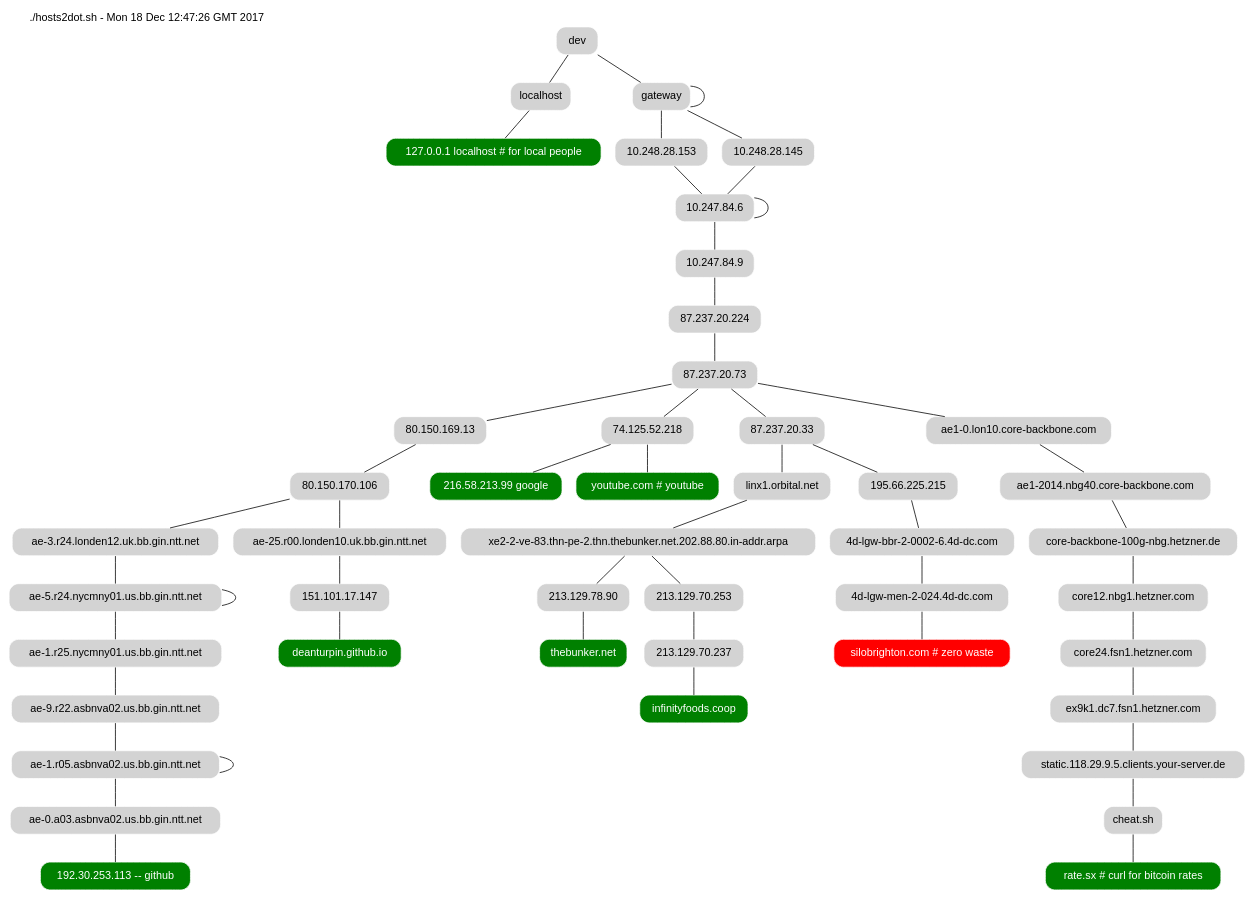
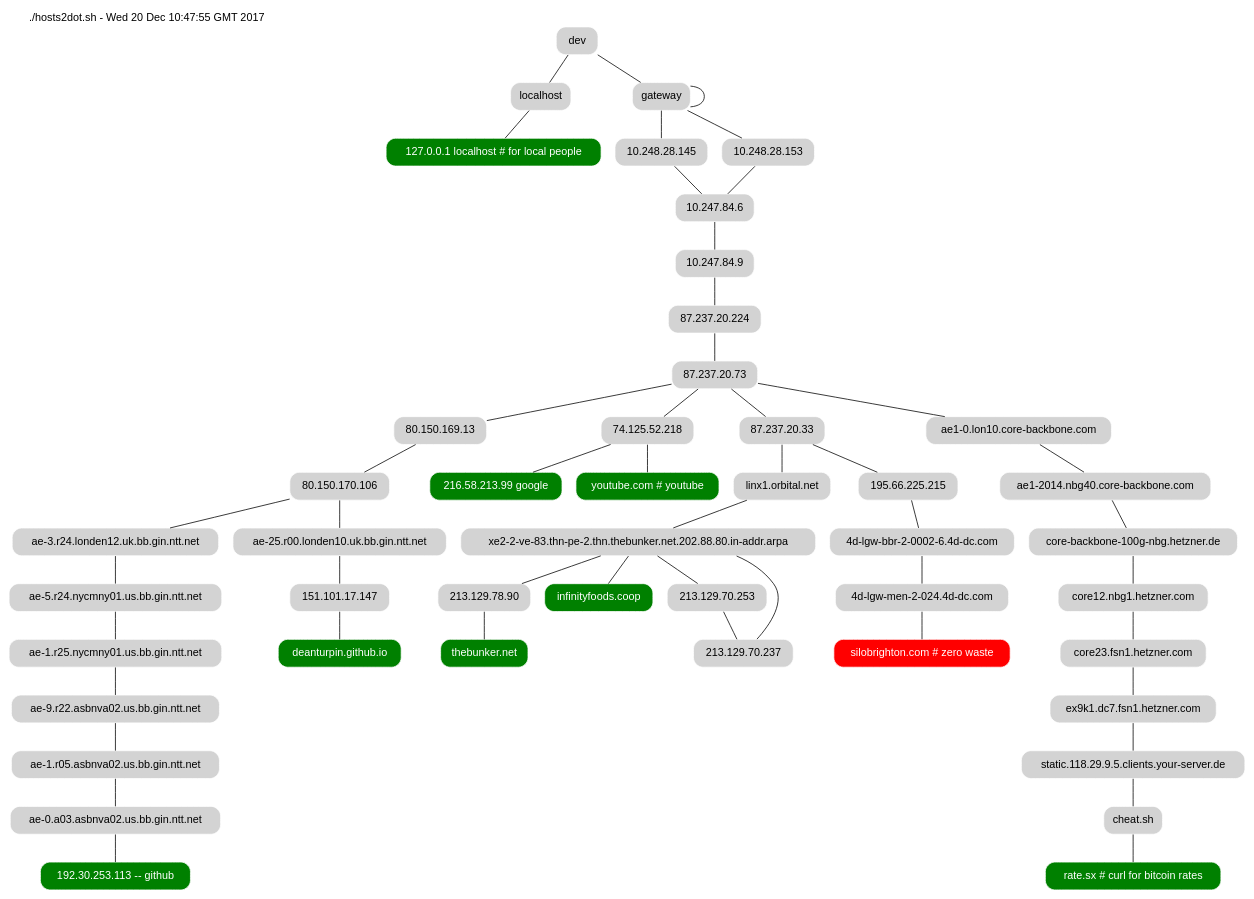
One commit to deanturpin/hosts2dot changed the diagram in topology.dot. Above: the diagram before and after it, drawn with Graphviz. The commit also changed 4 other files, not shown here.

```diff
--- a/topology.dot
+++ b/topology.dot
@@ -1,24 +1,24 @@
 strict graph {
 fontname=helvetica
 node [shape=rect style="filled,rounded" color=white fillcolor=lightgrey fontname=helvetica]
-soy_yo [label=dev]
-graph [label="./hosts2dot.sh - Mon 18 Dec 12:47:26 GMT 2017" labelloc=top labeljust=left]
+soy_yo [label="dev"]
+graph [label="./hosts2dot.sh - Wed 20 Dec 10:47:55 GMT 2017" labelloc=top labeljust=left]
 "127.0.0.1 localhost # for local people" [fillcolor=green fontcolor=white]
 soy_yo--"localhost"--"127.0.0.1 localhost # for local people"
 "192.30.253.113 -- github" [fillcolor=green fontcolor=white]
-soy_yo--"gateway"--"gateway"--"10.248.28.153"--"10.247.84.6"--"10.247.84.9"--"87.237.20.224"--"87.237.20.73"--"80.150.169.13"--"80.150.170.106"--"ae-3.r24.londen12.uk.bb.gin.ntt.net"--"ae-5.r24.nycmny01.us.bb.gin.ntt.net"--"ae-5.r24.nycmny01.us.bb.gin.ntt.net"--"ae-1.r25.nycmny01.us.bb.gin.ntt.net"--"ae-9.r22.asbnva02.us.bb.gin.ntt.net"--"ae-1.r05.asbnva02.us.bb.gin.ntt.net"--"ae-1.r05.asbnva02.us.bb.gin.ntt.net"--"ae-0.a03.asbnva02.us.bb.gin.ntt.net"--"192.30.253.113 -- github"
+soy_yo--"gateway"--"gateway"--"10.248.28.145"--"10.247.84.6"--"10.247.84.9"--"87.237.20.224"--"87.237.20.73"--"80.150.169.13"--"80.150.170.106"--"ae-3.r24.londen12.uk.bb.gin.ntt.net"--"ae-5.r24.nycmny01.us.bb.gin.ntt.net"--"ae-1.r25.nycmny01.us.bb.gin.ntt.net"--"ae-9.r22.asbnva02.us.bb.gin.ntt.net"--"ae-1.r05.asbnva02.us.bb.gin.ntt.net"--"ae-0.a03.asbnva02.us.bb.gin.ntt.net"--"192.30.253.113 -- github"
 "216.58.213.99 google" [fillcolor=green fontcolor=white]
-soy_yo--"gateway"--"gateway"--"10.248.28.153"--"10.247.84.6"--"10.247.84.9"--"87.237.20.224"--"87.237.20.73"--"74.125.52.218"--"216.58.213.99 google"
+soy_yo--"gateway"--"gateway"--"10.248.28.145"--"10.247.84.6"--"10.247.84.9"--"87.237.20.224"--"87.237.20.73"--"74.125.52.218"--"216.58.213.99 google"
 "youtube.com # youtube" [fillcolor=green fontcolor=white]
 soy_yo--"gateway"--"gateway"--"10.248.28.153"--"10.247.84.6"--"10.247.84.9"--"87.237.20.224"--"87.237.20.73"--"74.125.52.218"--"youtube.com # youtube"
 "deanturpin.github.io" [fillcolor=green fontcolor=white]
-soy_yo--"gateway"--"gateway"--"10.248.28.153"--"10.247.84.6"--"10.247.84.9"--"87.237.20.224"--"87.237.20.73"--"80.150.169.13"--"80.150.170.106"--"ae-25.r00.londen10.uk.bb.gin.ntt.net"--"151.101.17.147"--"deanturpin.github.io"
+soy_yo--"gateway"--"gateway"--"10.248.28.145"--"10.247.84.6"--"10.247.84.9"--"87.237.20.224"--"87.237.20.73"--"80.150.169.13"--"80.150.170.106"--"ae-25.r00.londen10.uk.bb.gin.ntt.net"--"151.101.17.147"--"deanturpin.github.io"
 "thebunker.net" [fillcolor=green fontcolor=white]
-soy_yo--"gateway"--"gateway"--"10.248.28.145"--"10.247.84.6"--"10.247.84.9"--"87.237.20.224"--"87.237.20.73"--"87.237.20.33"--"linx1.orbital.net"--"xe2-2-ve-83.thn-pe-2.thn.thebunker.net.202.88.80.in-addr.arpa"--"213.129.78.90"--"thebunker.net"
+soy_yo--"gateway"--"gateway"--"10.248.28.153"--"10.247.84.6"--"10.247.84.9"--"87.237.20.224"--"87.237.20.73"--"87.237.20.33"--"linx1.orbital.net"--"xe2-2-ve-83.thn-pe-2.thn.thebunker.net.202.88.80.in-addr.arpa"--"213.129.78.90"--"thebunker.net"
 "infinityfoods.coop" [fillcolor=green fontcolor=white]
-soy_yo--"gateway"--"gateway"--"10.248.28.145"--"10.247.84.6"--"10.247.84.9"--"87.237.20.224"--"87.237.20.73"--"87.237.20.33"--"linx1.orbital.net"--"xe2-2-ve-83.thn-pe-2.thn.thebunker.net.202.88.80.in-addr.arpa"--"213.129.70.253"--"213.129.70.237"--"infinityfoods.coop"
+soy_yo--"gateway"--"gateway"--"10.248.28.153"--"10.247.84.6"--"10.247.84.9"--"87.237.20.224"--"87.237.20.73"--"87.237.20.33"--"linx1.orbital.net"--"xe2-2-ve-83.thn-pe-2.thn.thebunker.net.202.88.80.in-addr.arpa"--"213.129.70.253"--"213.129.70.237"--"xe2-2-ve-83.thn-pe-2.thn.thebunker.net.202.88.80.in-addr.arpa"--"infinityfoods.coop"
 "silobrighton.com # zero waste" [fillcolor=red fontcolor=white]
-soy_yo--"gateway"--"gateway"--"10.248.28.145"--"10.247.84.6"--"10.247.84.9"--"87.237.20.224"--"87.237.20.73"--"87.237.20.33"--"195.66.225.215"--"4d-lgw-bbr-2-0002-6.4d-dc.com"--"4d-lgw-men-2-024.4d-dc.com"--"silobrighton.com # zero waste"
+soy_yo--"gateway"--"gateway"--"10.248.28.153"--"10.247.84.6"--"10.247.84.9"--"87.237.20.224"--"87.237.20.73"--"87.237.20.33"--"195.66.225.215"--"4d-lgw-bbr-2-0002-6.4d-dc.com"--"4d-lgw-men-2-024.4d-dc.com"--"silobrighton.com # zero waste"
 "rate.sx # curl for bitcoin rates" [fillcolor=green fontcolor=white]
-soy_yo--"gateway"--"gateway"--"10.248.28.153"--"10.247.84.6"--"10.247.84.6"--"10.247.84.9"--"87.237.20.224"--"87.237.20.73"--"ae1-0.lon10.core-backbone.com"--"ae1-2014.nbg40.core-backbone.com"--"core-backbone-100g-nbg.hetzner.de"--"core12.nbg1.hetzner.com"--"core24.fsn1.hetzner.com"--"ex9k1.dc7.fsn1.hetzner.com"--"static.118.29.9.5.clients.your-server.de"--"cheat.sh"--"rate.sx # curl for bitcoin rates"
+soy_yo--"gateway"--"gateway"--"10.248.28.145"--"10.247.84.6"--"10.247.84.9"--"87.237.20.224"--"87.237.20.73"--"ae1-0.lon10.core-backbone.com"--"ae1-2014.nbg40.core-backbone.com"--"core-backbone-100g-nbg.hetzner.de"--"core12.nbg1.hetzner.com"--"core23.fsn1.hetzner.com"--"ex9k1.dc7.fsn1.hetzner.com"--"static.118.29.9.5.clients.your-server.de"--"cheat.sh"--"rate.sx # curl for bitcoin rates"
 }
```
